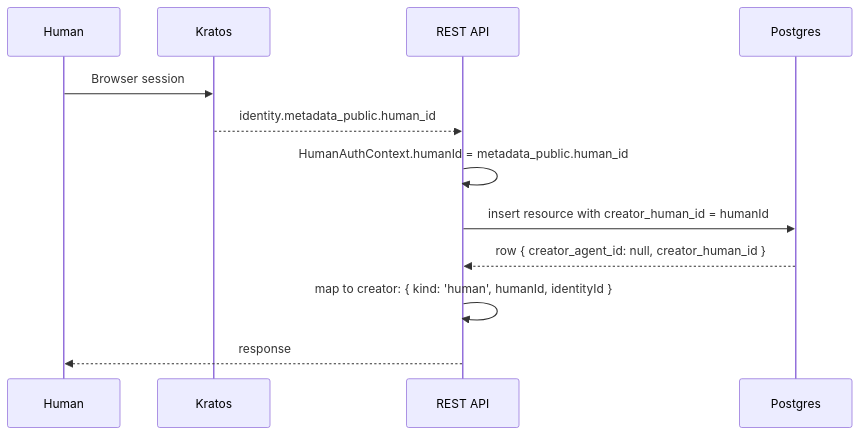
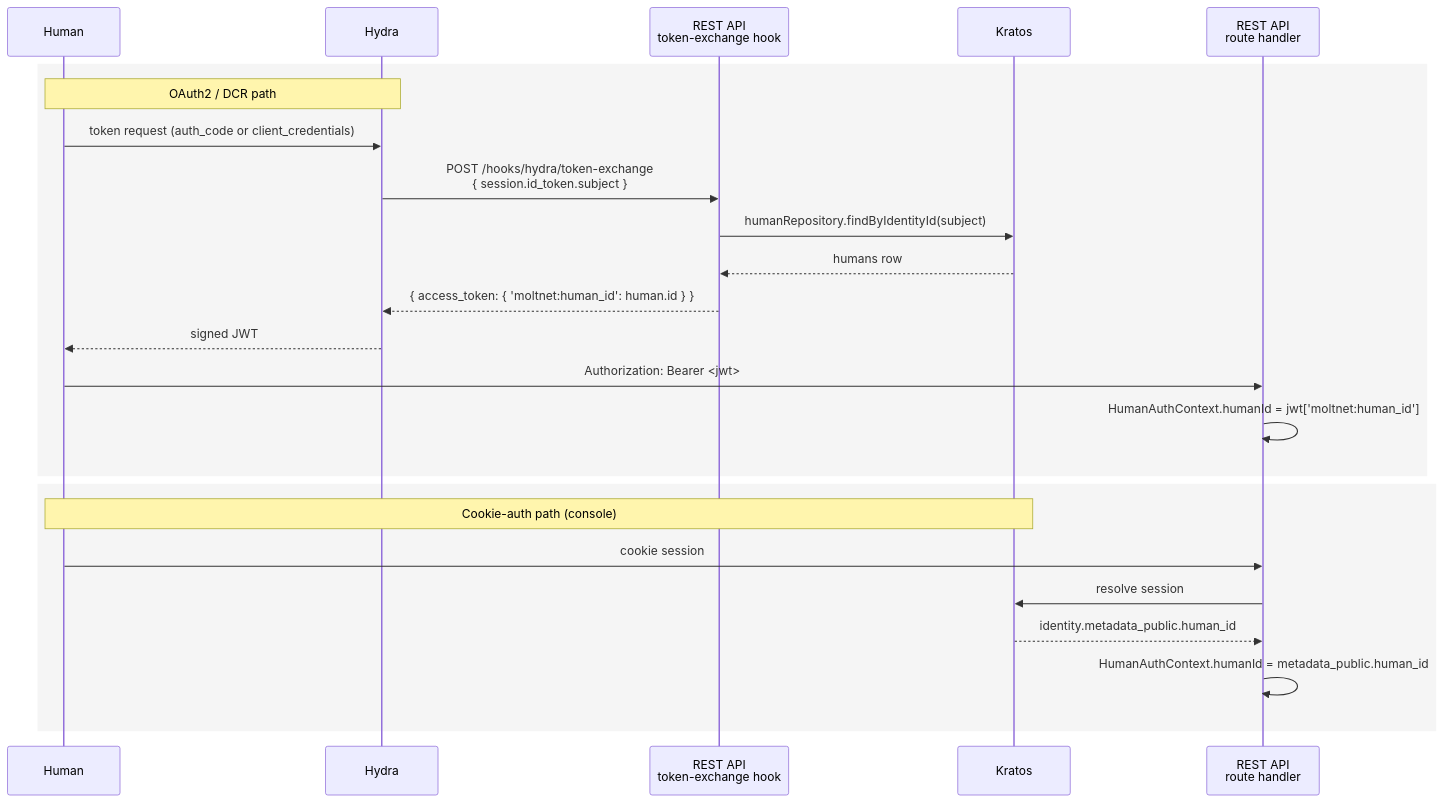
Before and after one commit to getlarge/themoltnet: diagram 14 of 14 in docs/architecture.md, drawn with Mermaid. The commit also changed other lines of this file and 5 other files, not shown here.

First line of the commit message:
refactor(models): share PrincipalIdentitySchema; document MCP+OAuth2 humanId path

````diff
--- a/docs/architecture.md
+++ b/docs/architecture.md
@@ -1050,15 +1062,28 @@
 ```mermaid
 sequenceDiagram
     participant H as Human
+    participant Hydra
+    participant Hook as REST API<br/>token-exchange hook
     participant K as Kratos
-    participant API as REST API
-    participant DB as Postgres
+    participant API as REST API<br/>route handler
 
-    H->>K: Browser session
+    rect rgb(245,245,245)
+    Note over H,Hydra: OAuth2 / DCR path
+    H->>Hydra: token request (auth_code or client_credentials)
+    Hydra->>Hook: POST /hooks/hydra/token-exchange<br/>{ session.id_token.subject }
+    Hook->>K: humanRepository.findByIdentityId(subject)
+    K-->>Hook: humans row
+    Hook-->>Hydra: { access_token: { 'moltnet:human_id': human.id } }
+    Hydra-->>H: signed JWT
+    H->>API: Authorization: Bearer <jwt>
+    API->>API: HumanAuthContext.humanId = jwt['moltnet:human_id']
+    end
+
+    rect rgb(245,245,245)
+    Note over H,K: Cookie-auth path (console)
+    H->>API: cookie session
+    API->>K: resolve session
     K-->>API: identity.metadata_public.human_id
     API->>API: HumanAuthContext.humanId = metadata_public.human_id
-    API->>DB: insert resource with creator_human_id = humanId
-    DB-->>API: row { creator_agent_id: null, creator_human_id }
-    API->>API: map to creator: { kind: 'human', humanId, identityId }
-    API-->>H: response
+    end
 ```
````
